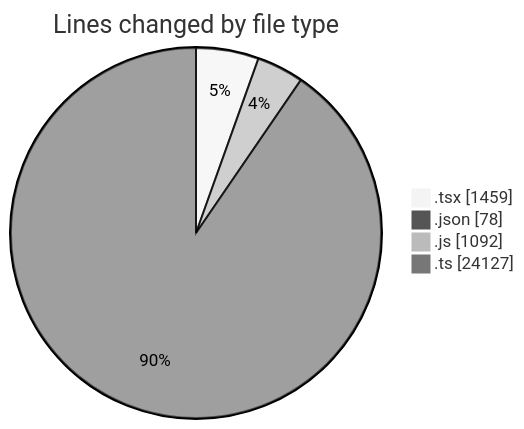
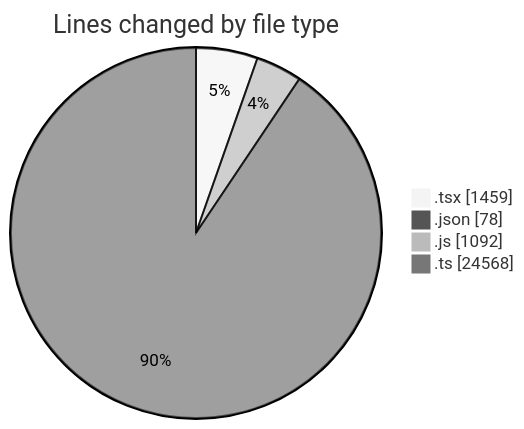
One commit to momahboobian/code-tracking changed the first of 2 diagrams in 2026-10-19/cda/README.md. Above: the diagram before and after it, drawn with Mermaid (neutral theme). The commit also changed other lines of this file and 1 other file, not shown here.

````diff
--- a/2026-10-19/cda/README.md
+++ b/2026-10-19/cda/README.md
@@ -29,8 +30,8 @@
 ```mermaid
 pie showData
 title Lines changed by file type
 ".tsx" : 1459
 ".json" : 78
 ".js" : 1092
-".ts" : 24127
+".ts" : 24568
 ```
````
